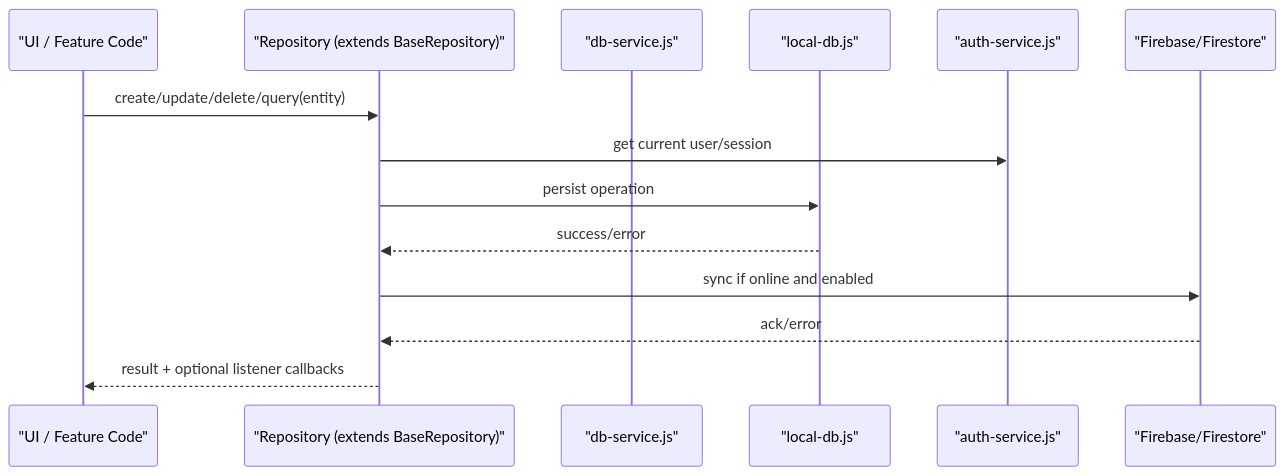
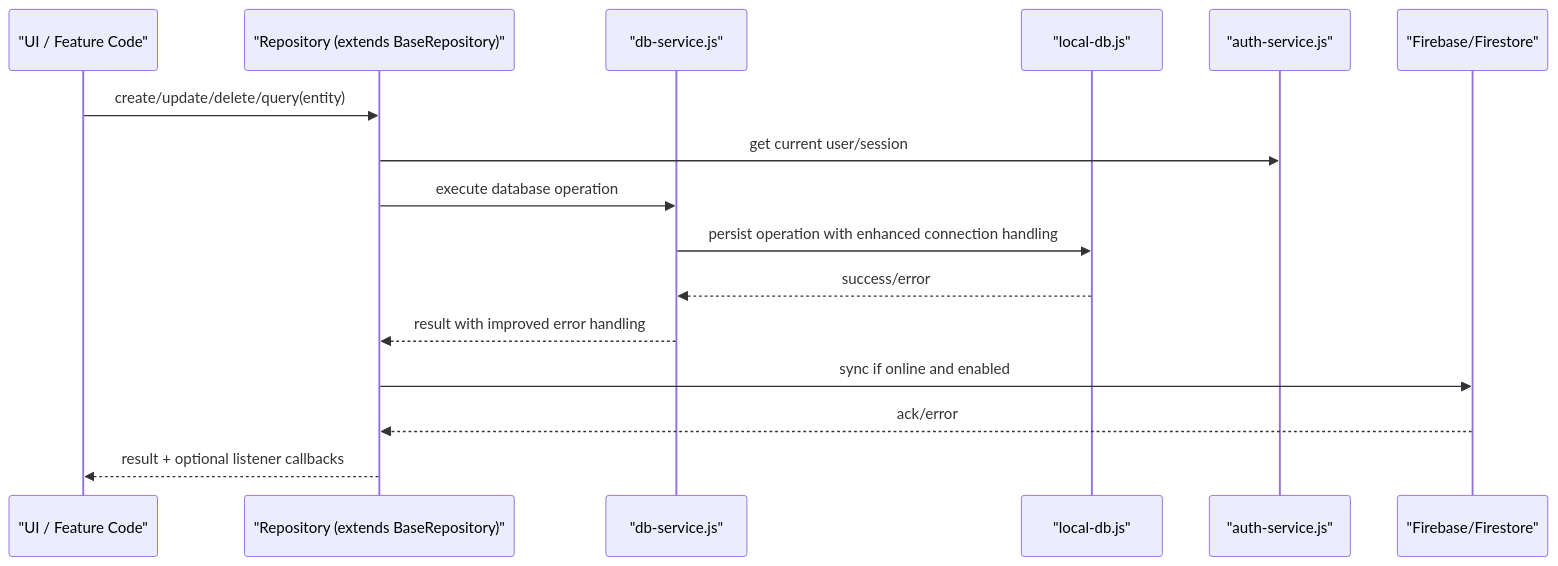
One commit to iliyas77/MTF-monitor changed the second of 5 diagrams in .qoder/repowiki/en/content/Data Layer & Database/Data Layer & Database.md. Above: the diagram before and after it, drawn with Mermaid. The commit also changed other lines of this file and 13 other files, not shown here.

````diff
--- a/.qoder/repowiki/en/content/Data Layer & Database/Data Layer & Database.md
+++ b/.qoder/repowiki/en/content/Data Layer & Database/Data Layer & Database.md
@@ -123,16 +131,18 @@
 ```mermaid
 sequenceDiagram
 participant UI as "UI / Feature Code"
 participant Repo as "Repository (extends BaseRepository)"
 participant DBS as "db-service.js"
 participant LDB as "local-db.js"
 participant AUTH as "auth-service.js"
 participant FIRE as "Firebase/Firestore"
 UI->>Repo : create/update/delete/query(entity)
 Repo->>AUTH : get current user/session
-Repo->>LDB : persist operation
-LDB-->>Repo : success/error
+Repo->>DBS : execute database operation
+DBS->>LDB : persist operation with enhanced connection handling
+LDB-->>DBS : success/error
+DBS-->>Repo : result with improved error handling
 Repo->>FIRE : sync if online and enabled
 FIRE-->>Repo : ack/error
 Repo-->>UI : result + optional listener callbacks
 ```
````
